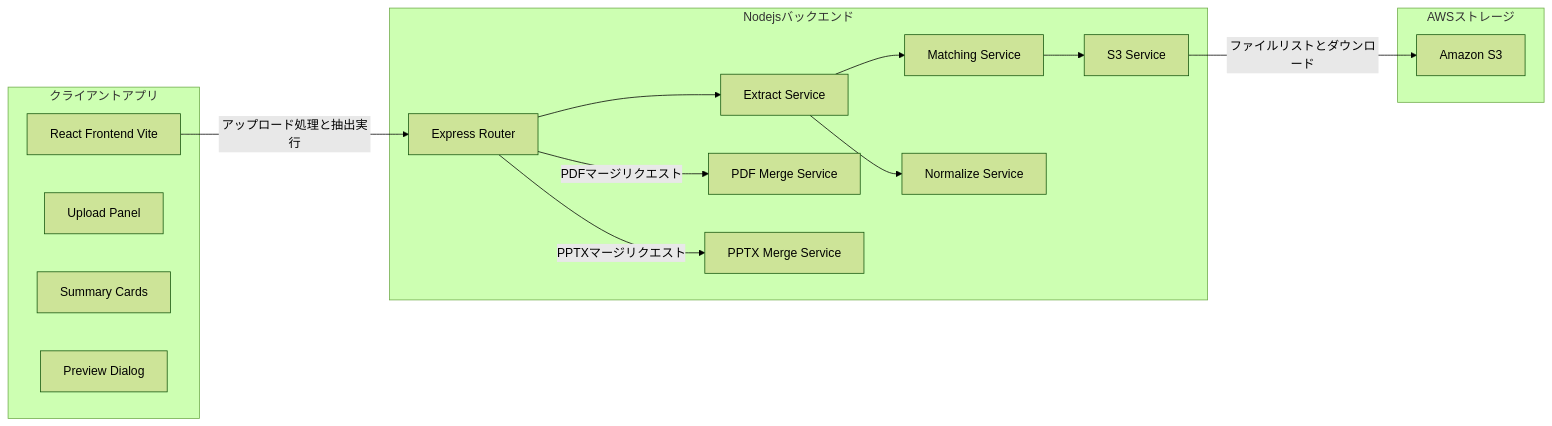
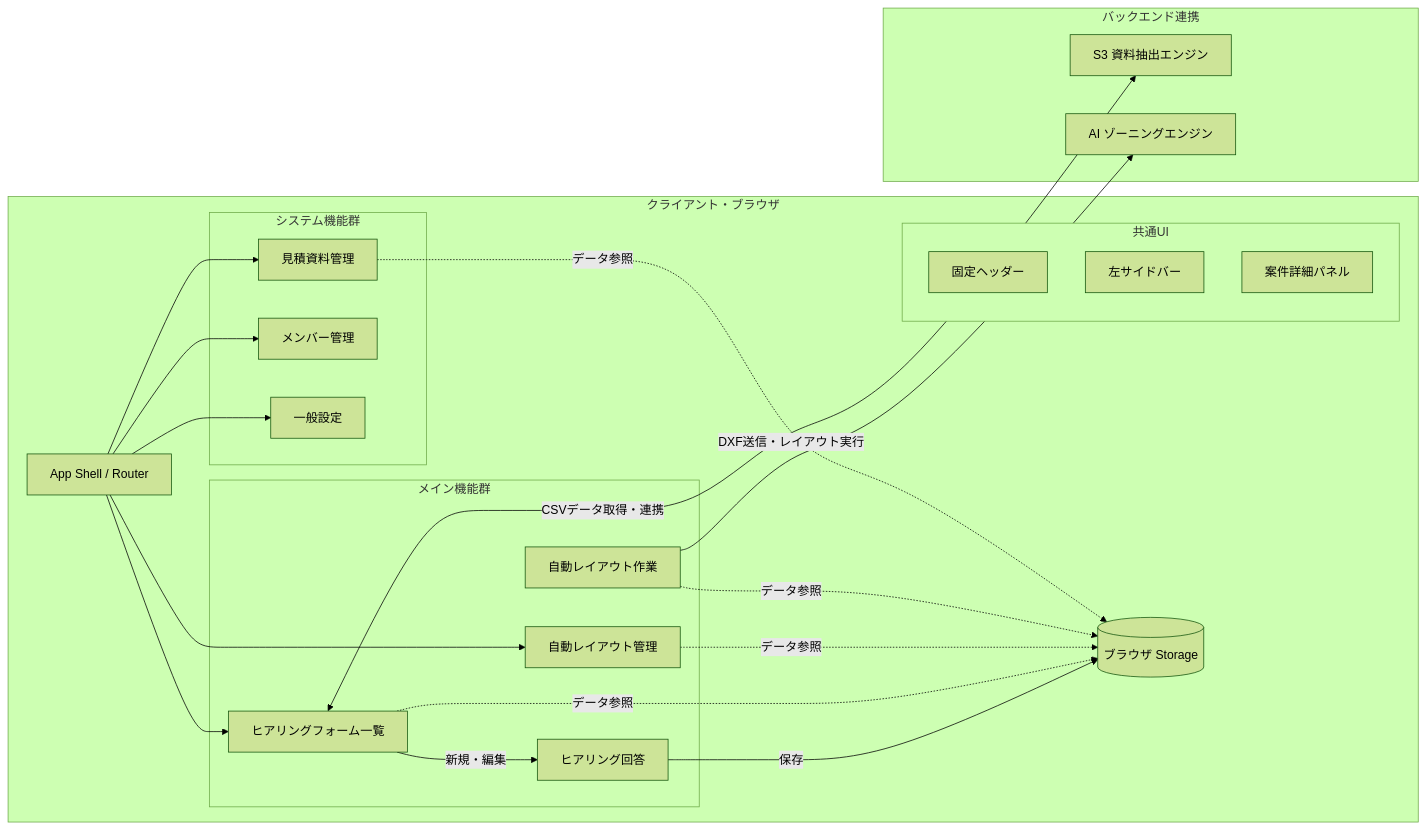
The diagram in docs/architecture/architecture_diagram.md (yuma-oliver/TeianDemo), drawn with Mermaid (forest theme) before and after one commit. The commit also changed other lines of this file and 84 other files, not shown here.

````diff
--- a/docs/architecture/architecture_diagram.md
+++ b/docs/architecture/architecture_diagram.md
@@ -5,33 +6,48 @@
 ```mermaid
 flowchart LR
-    subgraph clientApp [クライアントアプリ]
-        UI[React Frontend Vite]
-        UploadPanel[Upload Panel]
-        Summary[Summary Cards]
-        Preview[Preview Dialog]
+    subgraph ClientApp [クライアント・ブラウザ]
+        App[App Shell / Router]
+        
+        subgraph MainFeatures [メイン機能群]
+            Home[ヒアリングフォーム一覧]
+            Question[ヒアリング回答]
+            AutoLayout[自動レイアウト管理]
+            AutoLayoutWS[自動レイアウト作業]
+        end
+
+        subgraph SystemFeatures [システム機能群]
+            Estimate[見積資料管理]
+            Users[メンバー管理]
+            Settings[一般設定]
+        end
+        
+        subgraph CommonUI [共通UI]
+            Header[固定ヘッダー]
+            Sidebar[左サイドバー]
+            RightPanel[案件詳細パネル]
+        end
+        
+        LocalStorage[(ブラウザ Storage)]
     end
 
-    subgraph serverApp [Nodejsバックエンド]
-        API[Express Router]
-        ExtractServ[Extract Service]
-        MatchingServ[Matching Service]
-        NormalizeServ[Normalize Service]
-        pdfMerger[PDF Merge Service]
-        pptxMerger[PPTX Merge Service]
-        s3Serv[S3 Service]
+    subgraph BackendAPI [バックエンド連携]
+        S3Extract[S3 資料抽出エンジン]
+        AIDesigner[AI ゾーニングエンジン]
     end
 
-    subgraph storageApp [AWSストレージ]
-        S3[Amazon S3]
-    end
+    App --> Home
+    App --> AutoLayout
+    App --> Estimate
+    App --> Users
+    App --> Settings
 
-    UI -->|アップロード処理と抽出実行| API
-    API --> ExtractServ
-    ExtractServ --> NormalizeServ
-    ExtractServ --> MatchingServ
-    MatchingServ --> s3Serv
-    s3Serv -->|ファイルリストとダウンロード| S3
+    Home -->|新規・編集| Question
+    Question -->|保存| LocalStorage
+    Home -.->|データ参照| LocalStorage
+    AutoLayout -.->|データ参照| LocalStorage
+    AutoLayoutWS -.->|データ参照| LocalStorage
+    Estimate -.->|データ参照| LocalStorage
     
-    API -->|PDFマージリクエスト| pdfMerger
-    API -->|PPTXマージリクエスト| pptxMerger
+    Home <-->|CSVデータ取得・連携| S3Extract
+    AutoLayoutWS -->|DXF送信・レイアウト実行| AIDesigner
 ```
````
